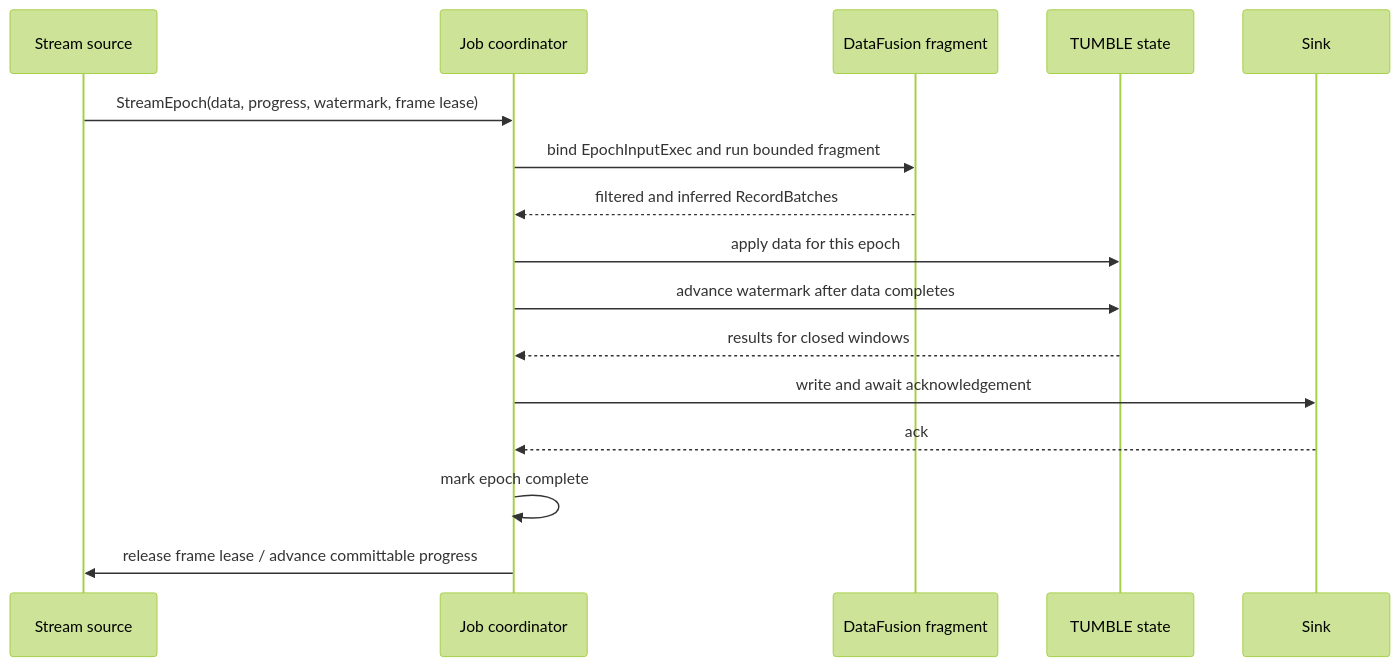
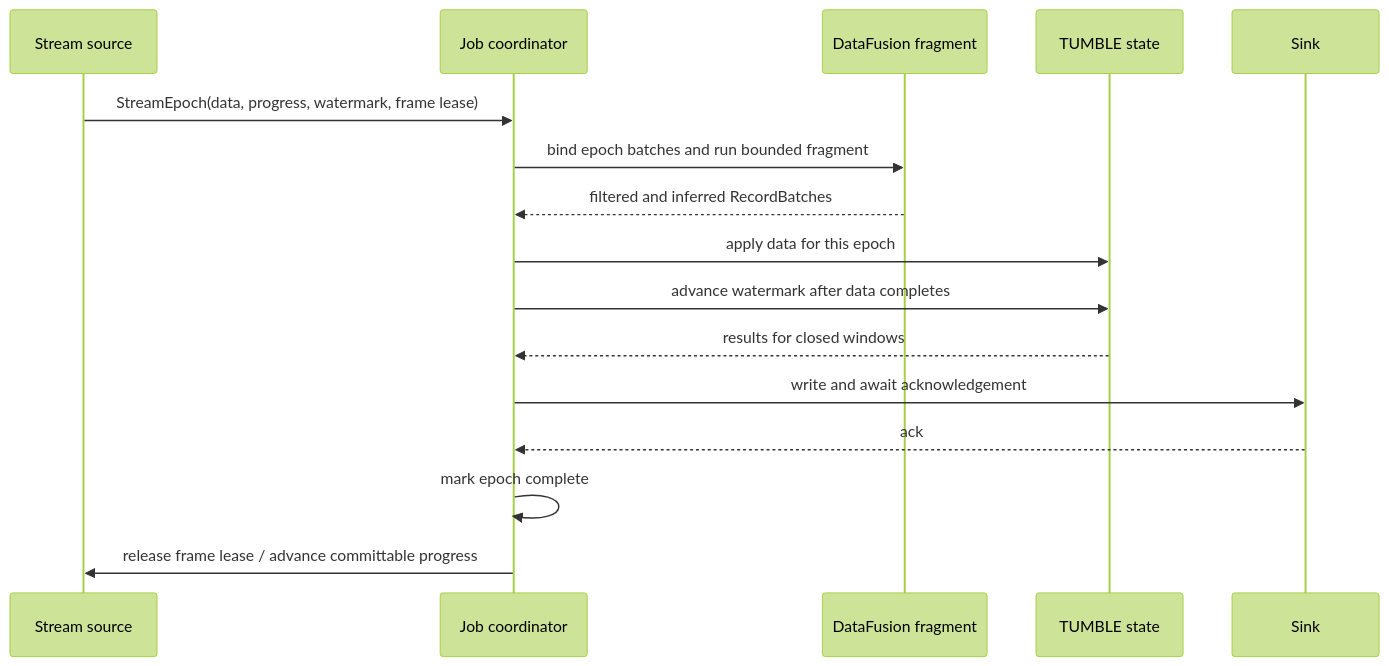
One commit to zhenlohuang/visionql changed the second of 2 diagrams in docs/design.md. Above: the diagram before and after it, drawn with Mermaid (forest theme). The commit also changed other lines of this file and 5 other files, not shown here.

````diff
--- a/docs/design.md
+++ b/docs/design.md
@@ -256,19 +245,19 @@
 ```mermaid
 sequenceDiagram
     participant S as Stream source
     participant C as Job coordinator
     participant D as DataFusion fragment
     participant W as TUMBLE state
     participant K as Sink
 
     S->>C: StreamEpoch(data, progress, watermark, frame lease)
-    C->>D: bind EpochInputExec and run bounded fragment
+    C->>D: bind epoch batches and run bounded fragment
     D-->>C: filtered and inferred RecordBatches
     C->>W: apply data for this epoch
     C->>W: advance watermark after data completes
     W-->>C: results for closed windows
     C->>K: write and await acknowledgement
     K-->>C: ack
     C->>C: mark epoch complete
     C->>S: release frame lease / advance committable progress
 ```
````
